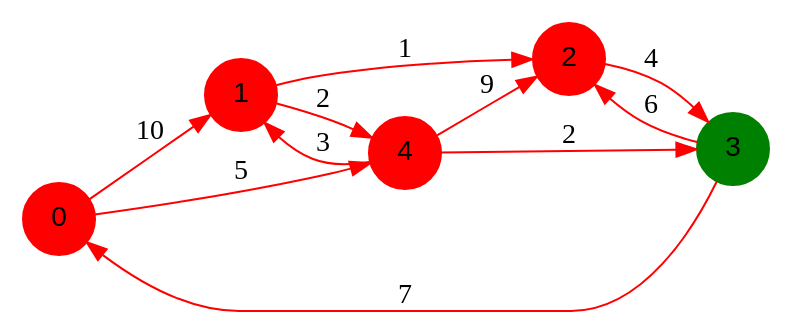
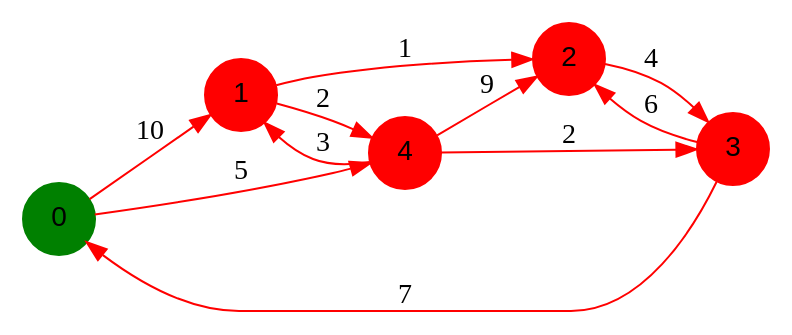
One commit to benech17/Shortest-Path changed the diagram in programme1/output/dotFiles/graph3/graph3_4.dot. Above: the diagram before and after it, drawn with Graphviz. The commit also changed 21 other files, not shown here.

```diff
--- a/programme1/output/dotFiles/graph3/graph3_4.dot
+++ b/programme1/output/dotFiles/graph3/graph3_4.dot
@@ -1,19 +1,19 @@
 digraph graphe {
 rankdir = LR;
 edge [color=red];
-0 [fontname="Arial", shape = circle, color=red, style=filled];
+0 [fontname="Arial", shape = circle, color=green, style=filled];
 1 [fontname="Arial", shape = circle, color=red, style=filled];
 2 [fontname="Arial", shape = circle, color=red, style=filled];
-3 [fontname="Arial", shape = circle, color=green, style=filled];
+3 [fontname="Arial", shape = circle, color=red, style=filled];
 4 [fontname="Arial", shape = circle, color=red, style=filled];
 	0 -> 1 [label = "10"];
 	0 -> 4 [label = "5"];
 	1 -> 2 [label = "1"];
 	1 -> 4 [label = "2"];
 	2 -> 3 [label = "4"];
 	3 -> 0 [label = "7"];
 	3 -> 2 [label = "6"];
 	4 -> 1 [label = "3"];
 	4 -> 2 [label = "9"];
 	4 -> 3 [label = "2"];
 }
```
